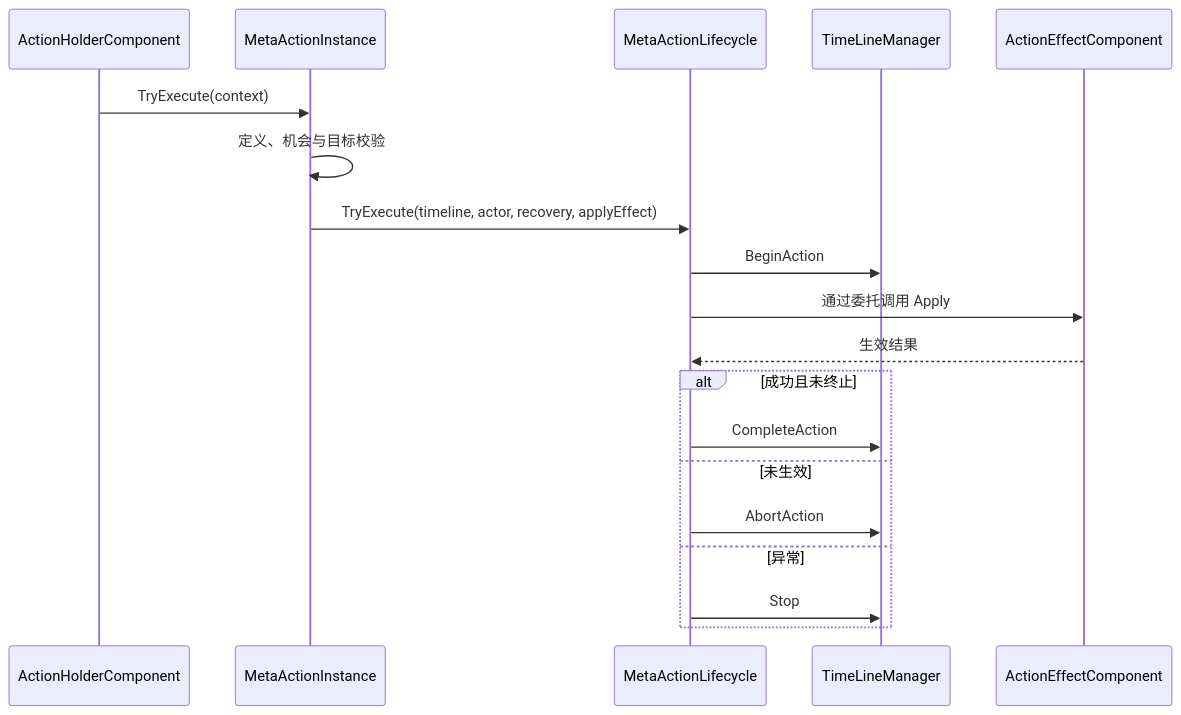
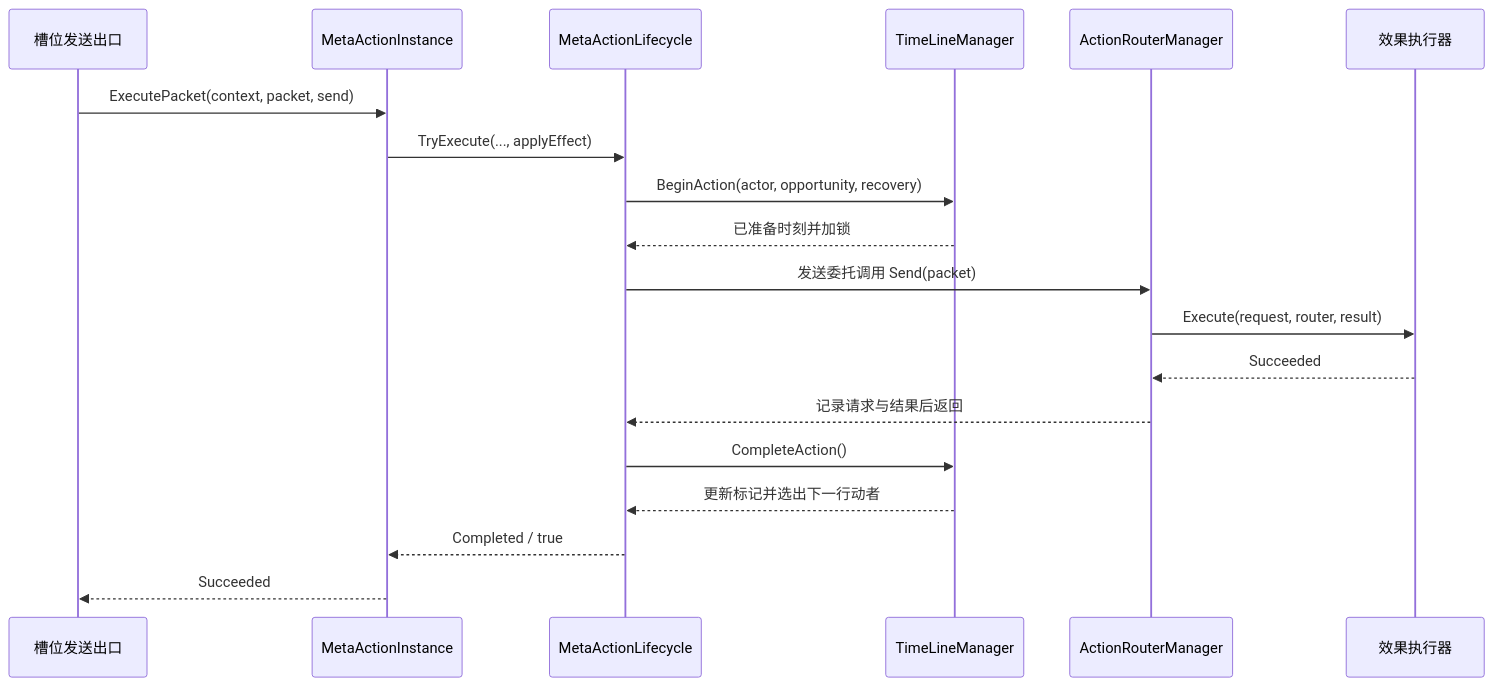
The diagram in 代码说明文档/40_MetaActionLifecycle统一执行入口代码设计案.md (ObALive/this), drawn with Mermaid before and after one commit. The commit also changed other lines of this file and 21 other files, not shown here.

````diff
--- a/代码说明文档/40_MetaActionLifecycle统一执行入口代码设计案.md
+++ b/代码说明文档/40_MetaActionLifecycle统一执行入口代码设计案.md
@@ -33,21 +29,21 @@
 ```mermaid
 sequenceDiagram
-  participant H as ActionHolderComponent
+  participant S as 槽位发送出口
   participant A as MetaActionInstance
   participant L as MetaActionLifecycle
   participant T as TimeLineManager
-  participant E as ActionEffectComponent
-  H->>A: TryExecute(context)
-  A->>A: 定义、机会与目标校验
-  A->>L: TryExecute(timeline, actor, recovery, applyEffect)
-  L->>T: BeginAction
-  L->>E: 通过委托调用 Apply
-  E-->>L: 生效结果
-  alt 成功且未终止
-    L->>T: CompleteAction
-  else 未生效
-    L->>T: AbortAction
-  else 异常
-    L->>T: Stop
-  end
+  participant R as ActionRouterManager
+  participant E as 效果执行器
+  S->>A: ExecutePacket(context, packet, send)
+  A->>L: TryExecute(..., applyEffect)
+  L->>T: BeginAction(actor, opportunity, recovery)
+  T-->>L: 已准备时刻并加锁
+  L->>R: 发送委托调用 Send(packet)
+  R->>E: Execute(request, router, result)
+  E-->>R: Succeeded
+  R-->>L: 记录请求与结果后返回
+  L->>T: CompleteAction()
+  T-->>L: 更新标记并选出下一行动者
+  L-->>A: Completed / true
+  A-->>S: Succeeded
 ```
````
